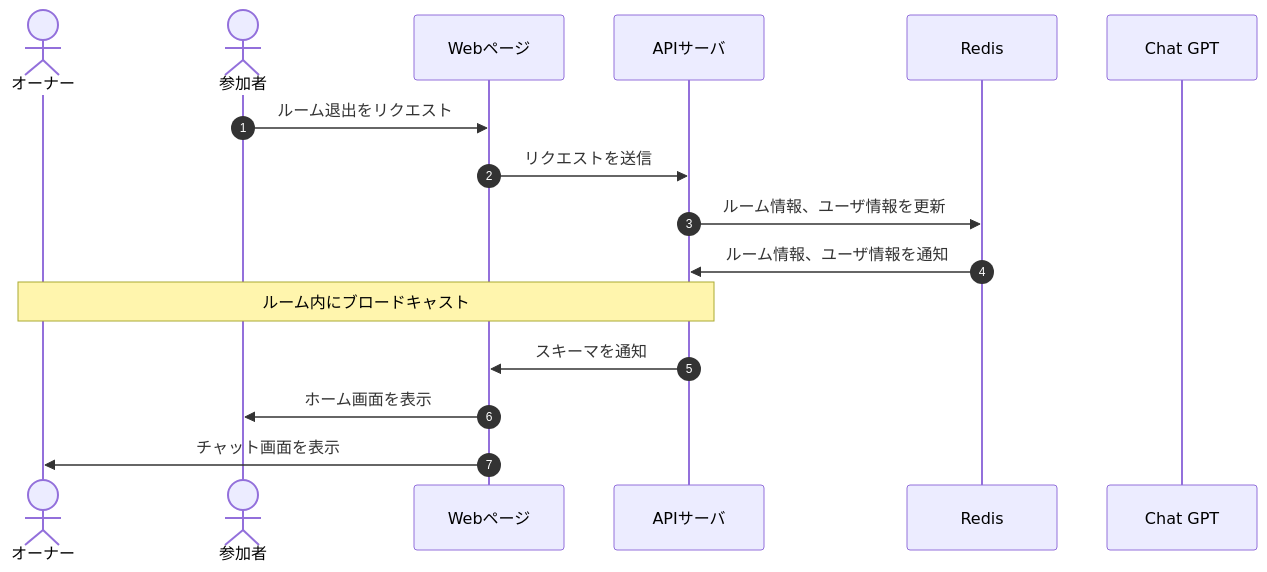
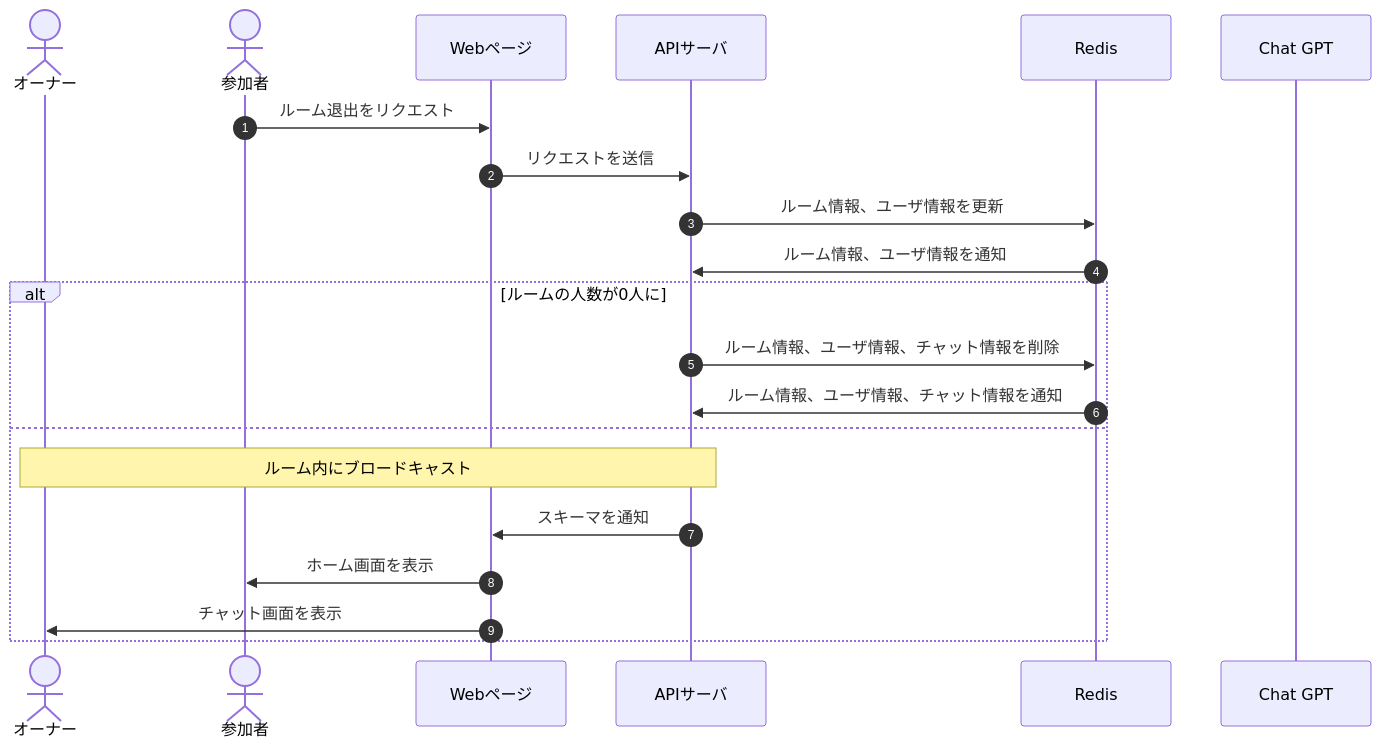
One commit to Tanakaryuki/chat_wolf changed the diagram in docs/DesignDog/03_ルーム退出.md. Above: the diagram before and after it, drawn with Mermaid.

Commit message:
docs: 📄 ルームが0人になったときの動作を追加

````diff
--- a/docs/DesignDog/03_ルーム退出.md
+++ b/docs/DesignDog/03_ルーム退出.md
@@ -11,19 +11,24 @@
 ```mermaid
 sequenceDiagram
     autonumber
     actor owner as オーナー
     actor participants as 参加者
     participant front as Webページ
     participant api as APIサーバ
     participant db as Redis
     participant ai as Chat GPT
 
     participants->>front: ルーム退出をリクエスト
     front->>api: リクエストを送信
     api->>db: ルーム情報、ユーザ情報を更新
     db->>api: ルーム情報、ユーザ情報を通知
-    Note over owner,api: ルーム内にブロードキャスト
-    api->>front: スキーマを通知
-    front->>participants: ホーム画面を表示
-    front->>owner: チャット画面を表示
+    alt ルームの人数が0人に
+        api->>db: ルーム情報、ユーザ情報、チャット情報を削除
+        db->>api: ルーム情報、ユーザ情報、チャット情報を通知
+    else
+        Note over owner,api: ルーム内にブロードキャスト
+        api->>front: スキーマを通知
+        front->>participants: ホーム画面を表示
+        front->>owner: チャット画面を表示
+    end
 ```
````
